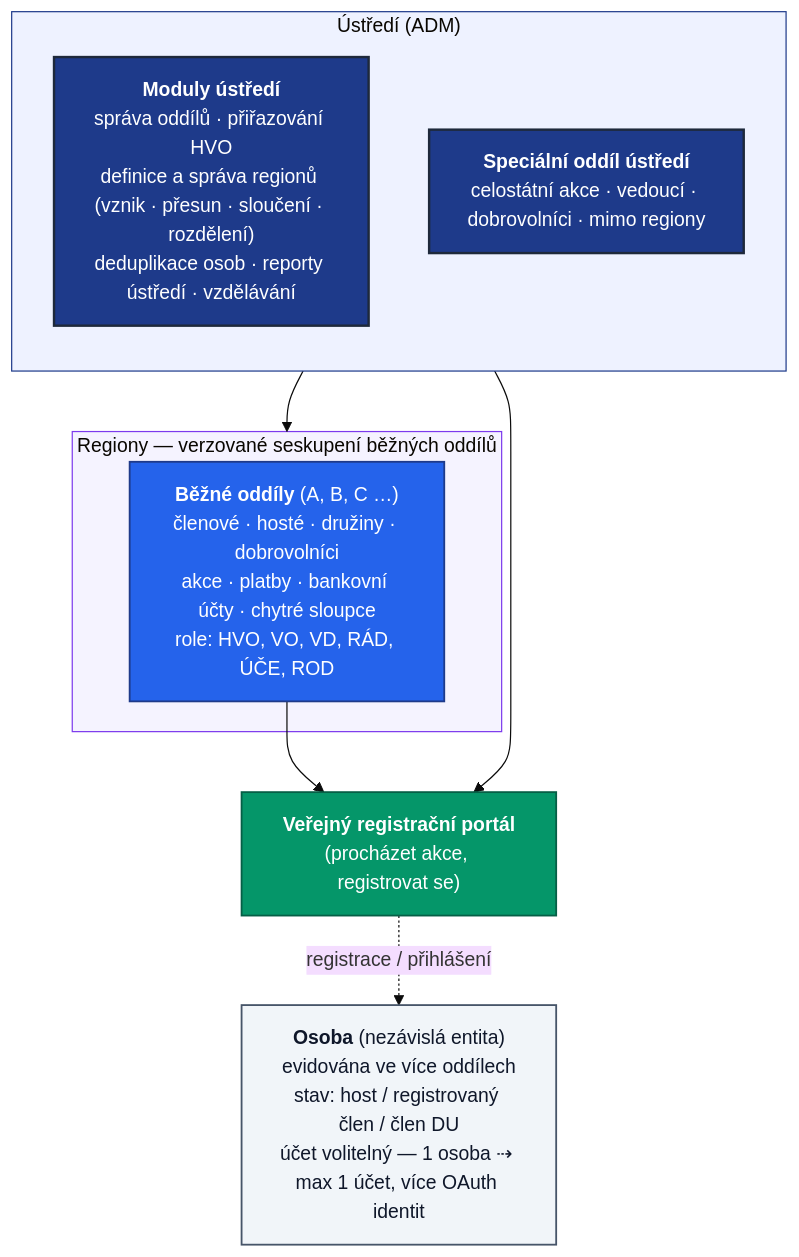
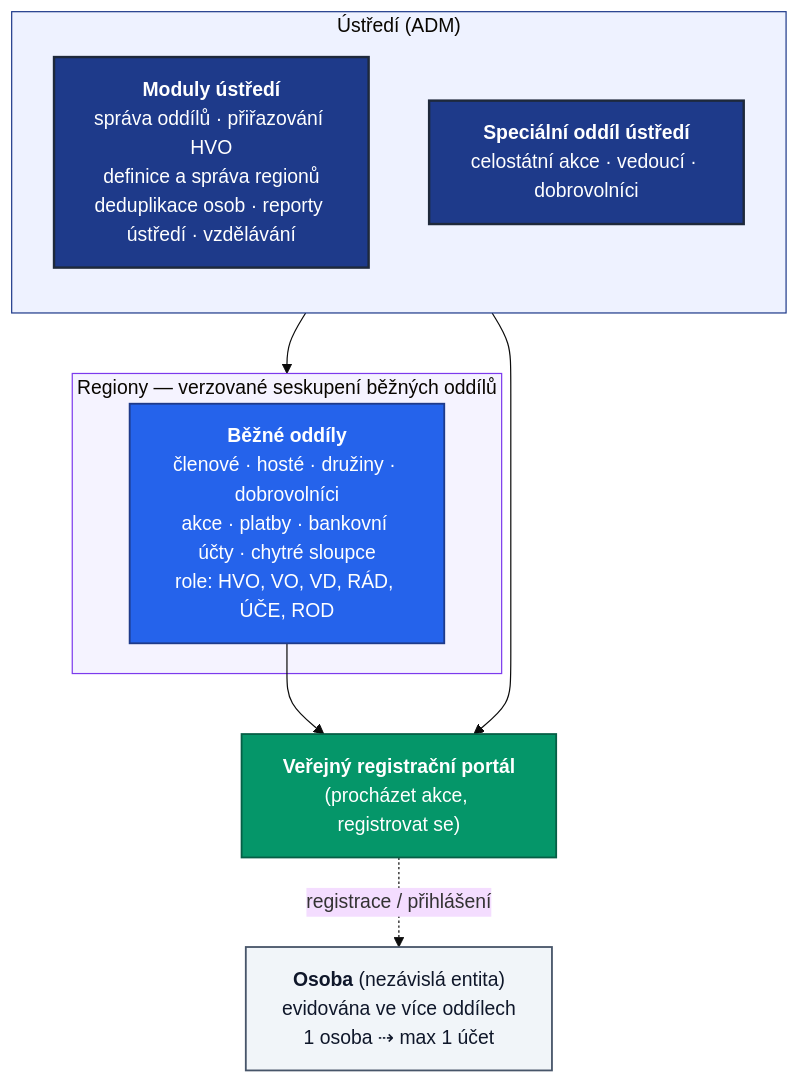
The first of 2 diagrams in README.md (jendamozna/du-doc), drawn with Mermaid (base theme) before and after one commit.

Commit message:
graph fix

````diff
--- a/README.md
+++ b/README.md
@@ -13,33 +13,33 @@
 ```mermaid
 flowchart TD
     subgraph USTREDI["Ústředí (ADM)"]
         direction TB
-        MODULY["<b>Moduly ústředí</b><br/>správa oddílů · přiřazování HVO<br/>definice a správa regionů (vznik · přesun · sloučení · rozdělení)<br/>deduplikace osob · reporty ústředí · vzdělávání"]
-        USTODD["<b>Speciální oddíl ústředí</b><br/>celostátní akce · vedoucí · dobrovolníci · mimo regiony"]
+        MODULY["<b>Moduly ústředí</b><br/>správa oddílů · přiřazování HVO<br/>definice a správa regionů<br/>deduplikace osob · reporty ústředí · vzdělávání"]
+        USTODD["<b>Speciální oddíl ústředí</b><br/>celostátní akce · vedoucí · dobrovolníci"]
     end
 
     subgraph REGIONY["Regiony — verzované seskupení běžných oddílů"]
-        ODDILY["<b>Běžné oddíly</b> (A, B, C …)<br/>členové · hosté · družiny · dobrovolníci<br/>akce · platby · bankovní účty · chytré sloupce<br/>role: HVO, VO, VD, RÁD, ÚČE, ROD"]
+        ODDILY["<b>Běžné oddíly</b><br/>členové · hosté · družiny · dobrovolníci<br/>akce · platby · bankovní účty · chytré sloupce<br/>role: HVO, VO, VD, RÁD, ÚČE, ROD"]
     end
 
     PORTAL["<b>Veřejný registrační portál</b><br/>(procházet akce, registrovat se)"]
-    OSOBA["<b>Osoba</b> (nezávislá entita)<br/>evidována ve více oddílech<br/>stav: host / registrovaný člen / člen DU<br/>účet volitelný — 1 osoba ⇢ max 1 účet, více OAuth identit"]
+    OSOBA["<b>Osoba</b> (nezávislá entita)<br/>evidována ve více oddílech<br />1 osoba ⇢ max 1 účet"]
 
     MODULY --> REGIONY
     USTODD --> PORTAL
     ODDILY --> PORTAL
     PORTAL -. "registrace / přihlášení" .-> OSOBA
 
     classDef modul fill:#1e3a8a,stroke:#1e293b,stroke-width:2px,color:#ffffff;
     classDef oddil fill:#2563eb,stroke:#1e3a8a,stroke-width:1.5px,color:#ffffff;
     classDef portal fill:#059669,stroke:#065f46,stroke-width:1.5px,color:#ffffff;
     classDef osoba fill:#f1f5f9,stroke:#475569,stroke-width:1.5px,color:#0f172a;
 
     class MODULY,USTODD modul;
     class ODDILY oddil;
     class PORTAL portal;
     class OSOBA osoba;
 
     style USTREDI fill:#eef2ff,stroke:#1e3a8a,stroke-width:1px;
     style REGIONY fill:#f5f3ff,stroke:#7c3aed,stroke-width:1px;
 ```
````
